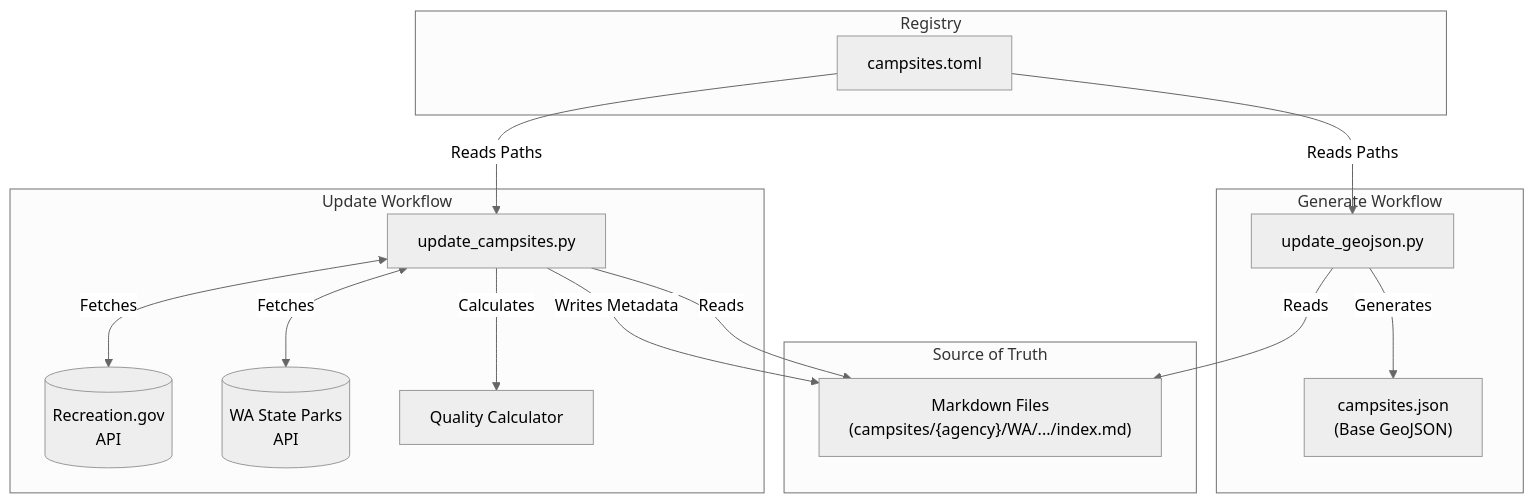
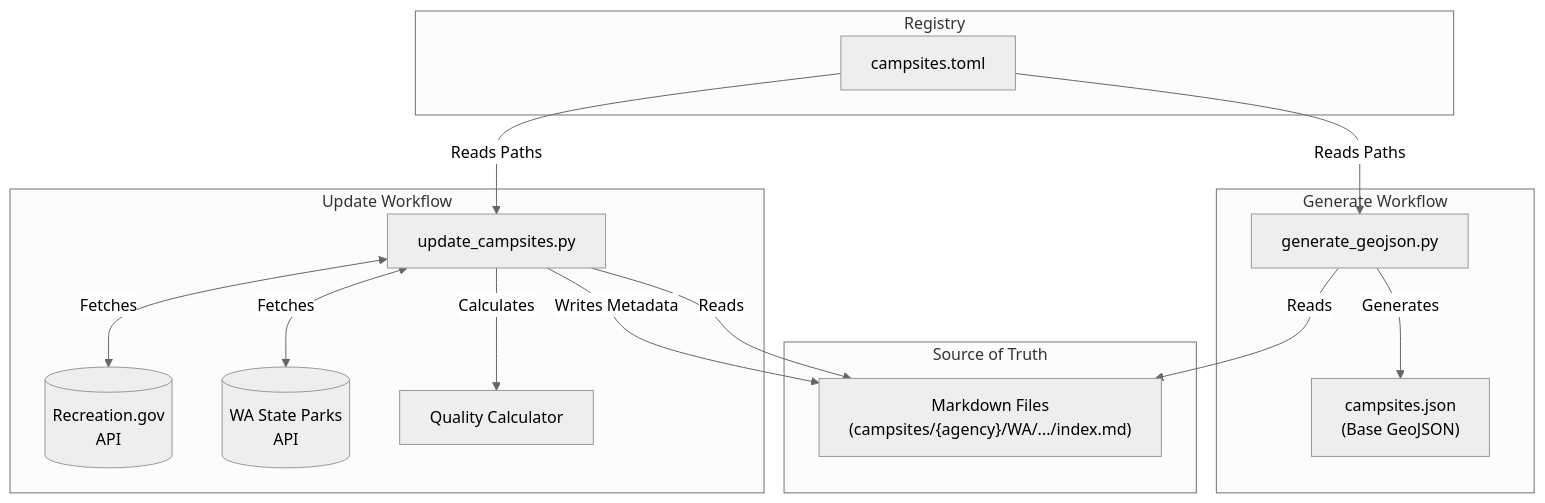
Before and after one commit to robogeosociety/robot-geographical-society: the diagram in data/README.md, drawn with Mermaid (neutral theme). The commit also changed 2 other files, not shown here.

Commit message:
chore: Rename update_geojson.py to generate_geojson.py

````diff
--- a/data/README.md
+++ b/data/README.md
@@ -9,31 +9,31 @@
 ```mermaid
 graph TD
     subgraph Registry["Registry"]
         TOML["campsites.toml"]
     end
 
     subgraph Source["Source of Truth"]
         MD["Markdown Files<br/>(campsites/{agency}/WA/.../index.md)"]
     end
 
     subgraph UpdateWorkflow["Update Workflow"]
         Updater["update_campsites.py"]
         RecGov[("Recreation.gov<br/>API")]
         WAParks[("WA State Parks<br/>API")]
         Quality["Quality Calculator"]
         
         TOML -->|Reads Paths| Updater
         Updater -->|Reads| MD
         Updater <-->|Fetches| RecGov
         Updater <-->|Fetches| WAParks
         Updater -->|Calculates| Quality
         Updater -->|Writes Metadata| MD
     end
 
     subgraph GenerateWorkflow["Generate Workflow"]
-        Sync["update_geojson.py"]
+        Sync["generate_geojson.py"]
         TOML -->|Reads Paths| Sync
         Sync -->|Reads| MD
         Sync -->|Generates| JSON["campsites.json<br/>(Base GeoJSON)"]
     end
 ```
````
